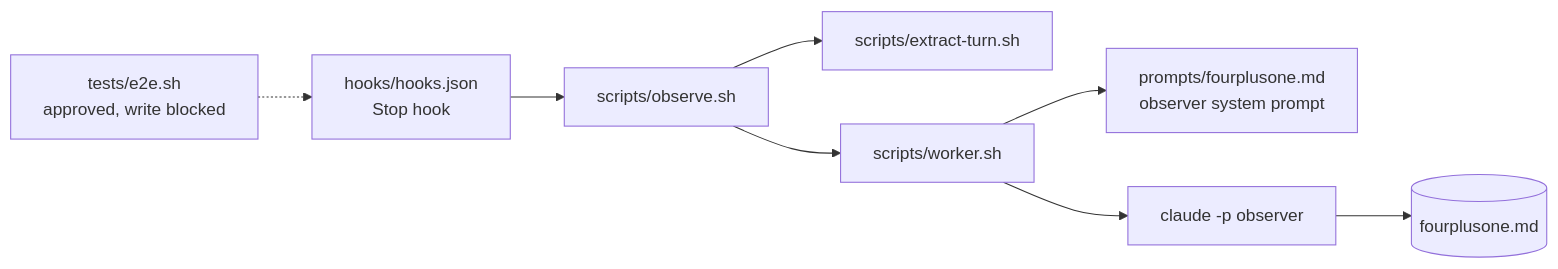
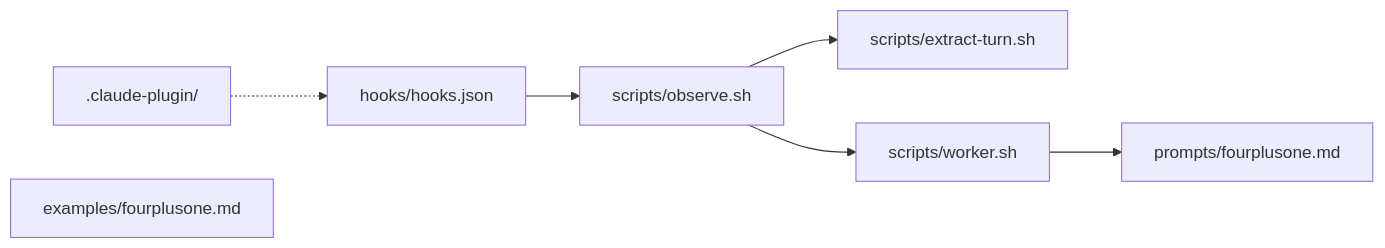
Before and after one commit to adhikrysh/fourplusone: the third of 4 diagrams in examples/fourplusone.md, drawn with Mermaid. The commit also changed other lines of this file and 1 other file, not shown here.

````diff
--- a/examples/fourplusone.md
+++ b/examples/fourplusone.md
@@ -39,10 +40,9 @@
 ```mermaid
 flowchart LR
-  H[hooks/hooks.json<br/>Stop hook] --> O[scripts/observe.sh]
-  O --> E[scripts/extract-turn.sh]
-  O --> W[scripts/worker.sh]
-  W --> P[prompts/fourplusone.md<br/>observer system prompt]
-  W --> C[claude -p observer]
-  C --> D[(fourplusone.md)]
-  T[tests/e2e.sh<br/>approved, write blocked] -.-> H
+  hooks["hooks/hooks.json"] --> observe["scripts/observe.sh"]
+  observe --> extract["scripts/extract-turn.sh"]
+  observe --> worker["scripts/worker.sh"]
+  worker --> prompt["prompts/fourplusone.md"]
+  manifest[".claude-plugin/"] -.-> hooks
+  ex["examples/fourplusone.md"]
 ```
````
